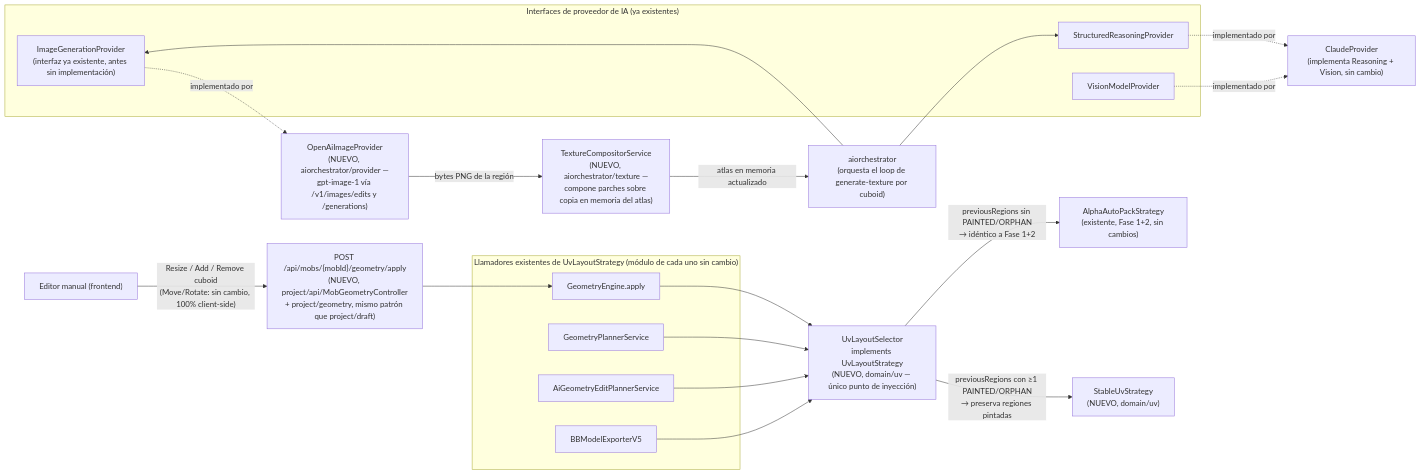
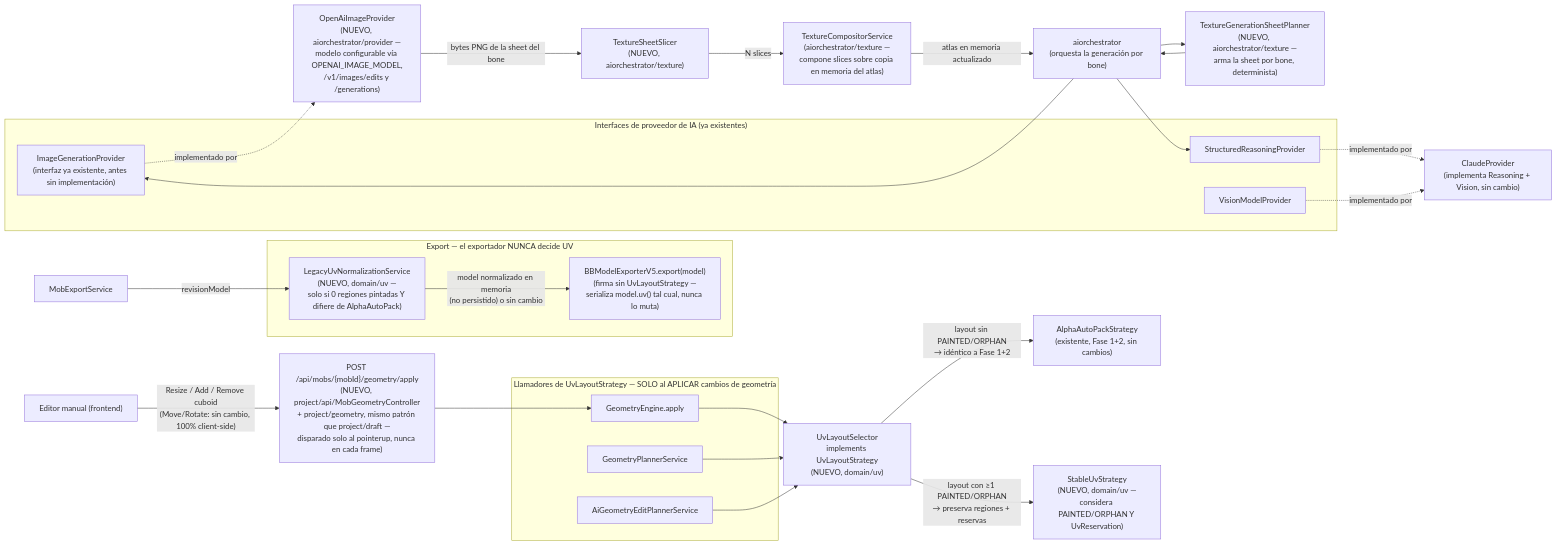
Before and after one commit to 64bitstudio/galgoth-studio: the fourth of 4 diagrams in docs/definiciones/galgoth-studio-fase3-textura.md, drawn with Mermaid. The commit also changed other lines of this file and 1 other file, not shown here.

First line of the commit message:
docs: Fase 3 textura — incorpora 13 correcciones técnicas del PO (v2)

````diff
--- a/docs/definiciones/galgoth-studio-fase3-textura.md
+++ b/docs/definiciones/galgoth-studio-fase3-textura.md
@@ -628,44 +888,54 @@
 ```mermaid
 flowchart LR
-    subgraph CALLERS["Llamadores existentes de UvLayoutStrategy (módulo de cada uno sin cambio)"]
+    subgraph CALLERS["Llamadores de UvLayoutStrategy — SOLO al APLICAR cambios de geometría"]
         GE["GeometryEngine.apply"]
         GPS["GeometryPlannerService"]
         AGEPS["AiGeometryEditPlannerService"]
-        EXP5["BBModelExporterV5"]
     end
 
-    SEL["UvLayoutSelector\nimplements UvLayoutStrategy\n(NUEVO, domain/uv — único punto de inyección)"]
+    SEL["UvLayoutSelector\nimplements UvLayoutStrategy\n(NUEVO, domain/uv)"]
     ALPHA["AlphaAutoPackStrategy\n(existente, Fase 1+2, sin cambios)"]
-    STABLE["StableUvStrategy\n(NUEVO, domain/uv)"]
+    STABLE["StableUvStrategy\n(NUEVO, domain/uv —\nconsidera PAINTED/ORPHAN Y UvReservation)"]
 
     GE --> SEL
     GPS --> SEL
     AGEPS --> SEL
-    EXP5 --> SEL
-    SEL -- "previousRegions sin PAINTED/ORPHAN\n→ idéntico a Fase 1+2" --> ALPHA
-    SEL -- "previousRegions con ≥1 PAINTED/ORPHAN\n→ preserva regiones pintadas" --> STABLE
+    SEL -- "layout sin PAINTED/ORPHAN\n→ idéntico a Fase 1+2" --> ALPHA
+    SEL -- "layout con ≥1 PAINTED/ORPHAN\n→ preserva regiones + reservas" --> STABLE
+
+    subgraph EXPORT["Export — el exportador NUNCA decide UV"]
+        LEGACY["LegacyUvNormalizationService\n(NUEVO, domain/uv —\nsolo si 0 regiones pintadas Y difiere de AlphaAutoPack)"]
+        EXP5["BBModelExporterV5.export(model)\n(firma sin UvLayoutStrategy —\nserializa model.uv() tal cual, nunca lo muta)"]
+    end
+    MOBEXPORT["MobExportService"] -- "revisionModel" --> LEGACY
+    LEGACY -- "model normalizado en memoria\n(no persistido) o sin cambio" --> EXP5
 
     subgraph AIPROV["Interfaces de proveedor de IA (ya existentes)"]
         REASONI["StructuredReasoningProvider"]
         VISIONI["VisionModelProvider"]
         IMGI["ImageGenerationProvider\n(interfaz ya existente, antes sin implementación)"]
     end
     CLAUDEP["ClaudeProvider\n(implementa Reasoning + Vision, sin cambio)"]
-    OPENAIP["OpenAiImageProvider\n(NUEVO, aiorchestrator/provider —\ngpt-image-1 vía /v1/images/edits y /generations)"]
+    OPENAIP["OpenAiImageProvider\n(NUEVO, aiorchestrator/provider —\nmodelo configurable vía OPENAI_IMAGE_MODEL,\n/v1/images/edits y /generations)"]
 
     REASONI -. implementado por .-> CLAUDEP
     VISIONI -. implementado por .-> CLAUDEP
     IMGI -. implementado por .-> OPENAIP
 
-    ORCHNODE["aiorchestrator\n(orquesta el loop de generate-texture por cuboid)"]
+    ORCHNODE["aiorchestrator\n(orquesta la generación por bone)"]
+    PLANNER["TextureGenerationSheetPlanner\n(NUEVO, aiorchestrator/texture —\narma la sheet por bone, determinista)"]
     ORCHNODE --> REASONI
+    ORCHNODE --> PLANNER
+    PLANNER --> ORCHNODE
     ORCHNODE --> IMGI
 
-    COMPOSITOR["TextureCompositorService\n(NUEVO, aiorchestrator/texture —\ncompone parches sobre copia en memoria del atlas)"]
-    OPENAIP -- "bytes PNG de la región" --> COMPOSITOR
+    SLICER["TextureSheetSlicer\n(NUEVO, aiorchestrator/texture)"]
+    COMPOSITOR["TextureCompositorService\n(aiorchestrator/texture —\ncompone slices sobre copia en memoria del atlas)"]
+    OPENAIP -- "bytes PNG de la sheet del bone" --> SLICER
+    SLICER -- "N slices" --> COMPOSITOR
     COMPOSITOR -- "atlas en memoria actualizado" --> ORCHNODE
 
-    ENDPOINT["POST /api/mobs/{mobId}/geometry/apply\n(NUEVO, project/api/MobGeometryController\n+ project/geometry, mismo patrón que project/draft)"]
+    ENDPOINT["POST /api/mobs/{mobId}/geometry/apply\n(NUEVO, project/api/MobGeometryController\n+ project/geometry, mismo patrón que project/draft —\ndisparado solo al pointerup, nunca en cada frame)"]
     FE["Editor manual (frontend)"] -- "Resize / Add / Remove cuboid\n(Move/Rotate: sin cambio, 100% client-side)" --> ENDPOINT
     ENDPOINT --> GE
 ```
````
